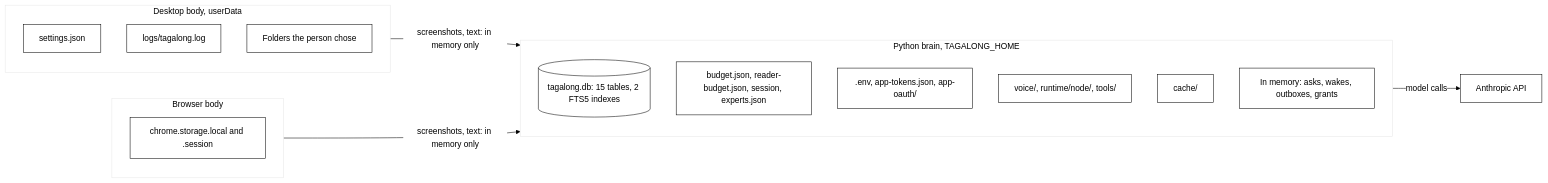
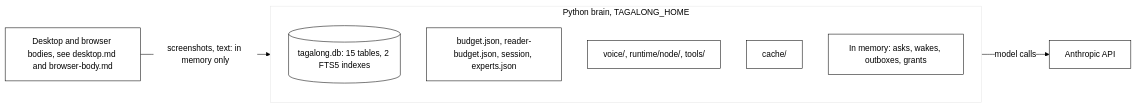
One commit to nadeem4/tagalong changed the diagram in docs/storage.md. Above: the diagram before and after it, drawn with Mermaid. The commit also changed other lines of this file and 5 other files, not shown here.

Commit message:
docs(storage): brain stores only, show where each downloaded file comes from (S0)

````diff
--- a/docs/storage.md
+++ b/docs/storage.md
@@ -13,23 +16,13 @@
 ```mermaid
 %%{init: {'theme':'base','themeVariables':{'primaryColor':'#ffffff','primaryTextColor':'#000000','primaryBorderColor':'#000000','lineColor':'#000000'}}}%%
 flowchart LR
     subgraph Brain["Python brain, TAGALONG_HOME"]
         DB[(tagalong.db: 15 tables, 2 FTS5 indexes)]
         KV[budget.json, reader-budget.json, session, experts.json]
-        SEC[.env, app-tokens.json, app-oauth/]
         OBJ[voice/, runtime/node/, tools/]
         CA[cache/]
         MEM[In memory: asks, wakes, outboxes, grants]
     end
-    subgraph Desktop["Desktop body, userData"]
-        SET[settings.json]
-        LOG[logs/tagalong.log]
-        FILES[Folders the person chose]
-    end
-    subgraph Browser["Browser body"]
-        CS[chrome.storage.local and .session]
-    end
-    Desktop -->|screenshots, text: in memory only| Brain
-    Browser -->|screenshots, text: in memory only| Brain
+    Bodies[Desktop and browser bodies, see desktop.md and browser-body.md] -->|screenshots, text: in memory only| Brain
     Brain -->|model calls| API[Anthropic API]
 ```
````
